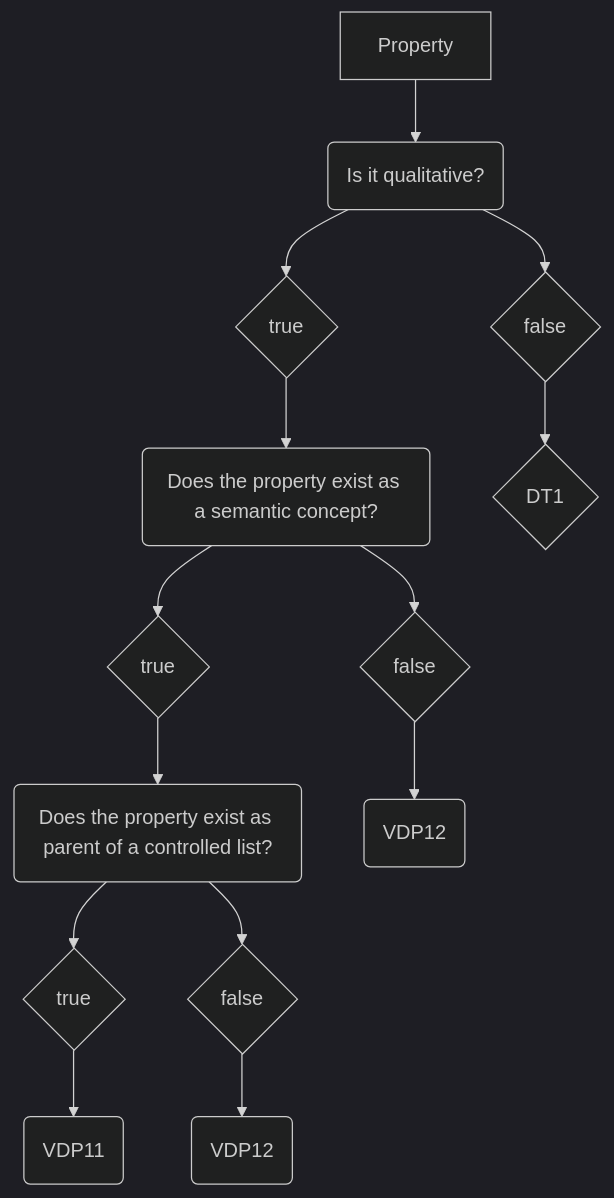
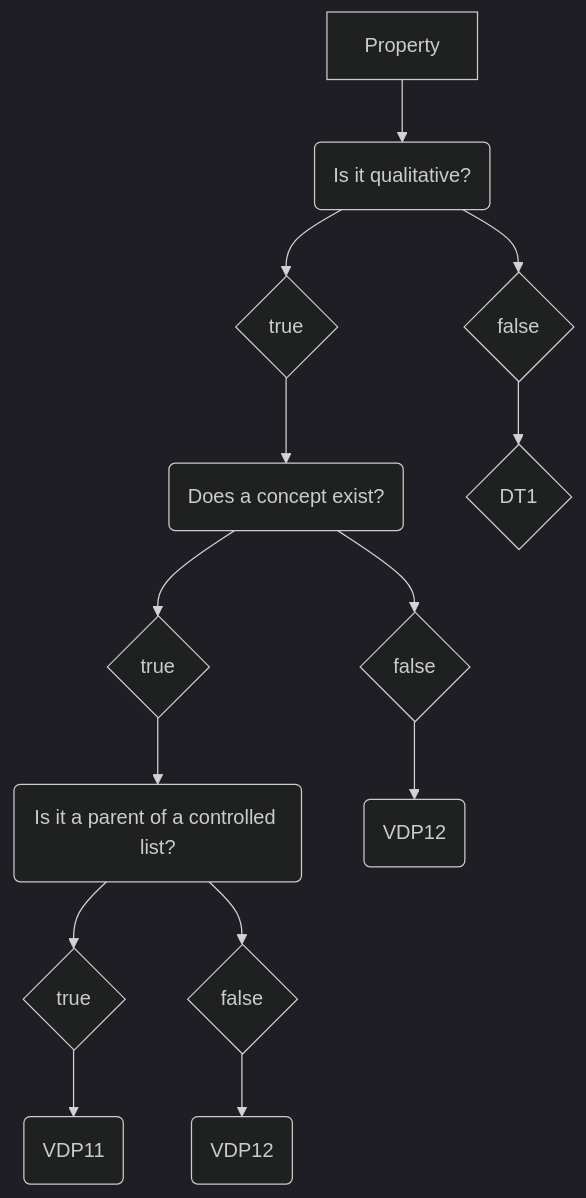
The diagram in Decisition_trees/DT0.mmd (mabablue/I-ADOPT-patterns-playground), drawn with Mermaid (dark theme) before and after one commit.

```diff
--- a/Decisition_trees/DT0.mmd
+++ b/Decisition_trees/DT0.mmd
@@ -1,14 +1,14 @@
 flowchart TD
     A[Property] --> B(Is it qualitative?)
     B --> C{true}
     B --> D{false}
-    C --> E(Does the property exist as a semantic concept?) 
+    C --> E(Does a concept exist?) 
     E --> F{true}
     E --> G{false}
-    F --> H(Does the property exist as parent of a controlled list?)
+    F --> H(Is it a parent of a controlled list?)
     D --> I{DT1} 
     G --> J(VDP12)
     H --> L{true}
     L --> M(VDP11)
     H --> N{false}
     N --> O(VDP12)
```
